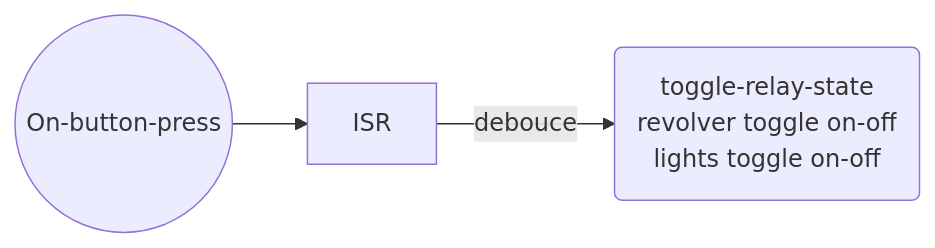
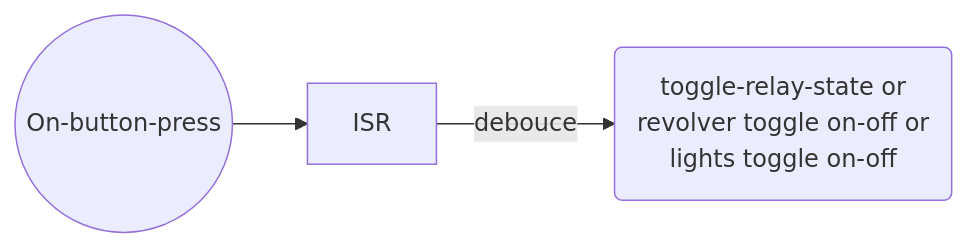
One commit to Trappy-Scopes/pico-incubator changed the sixth of 8 diagrams in README.md. Above: the diagram before and after it, drawn with Mermaid. The commit also changed other lines of this file and 16 other files, not shown here.

````diff
--- a/README.md
+++ b/README.md
@@ -94,4 +124,4 @@
 ```mermaid
 graph LR
-	Button2((On-button-press)) --> ISR --debouce--> toggle-relay("toggle-relay-state<br>revolver toggle on-off<br>lights toggle on-off")
+	Button2((On-button-press)) --> ISR --debouce--> toggle-relay("toggle-relay-state   or<br>revolver toggle on-off   or<br>lights toggle on-off")
 ```
````
